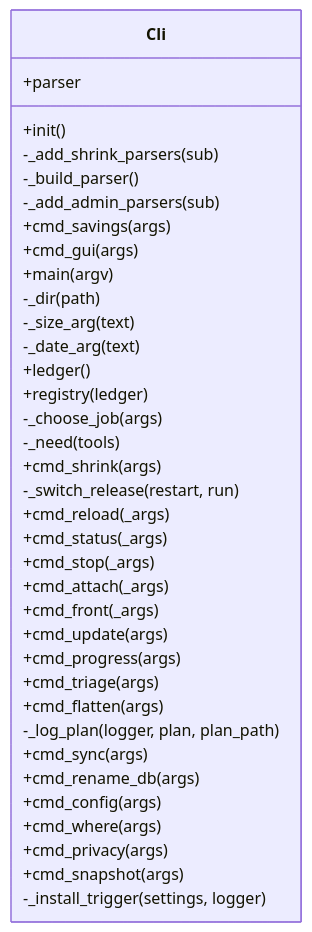
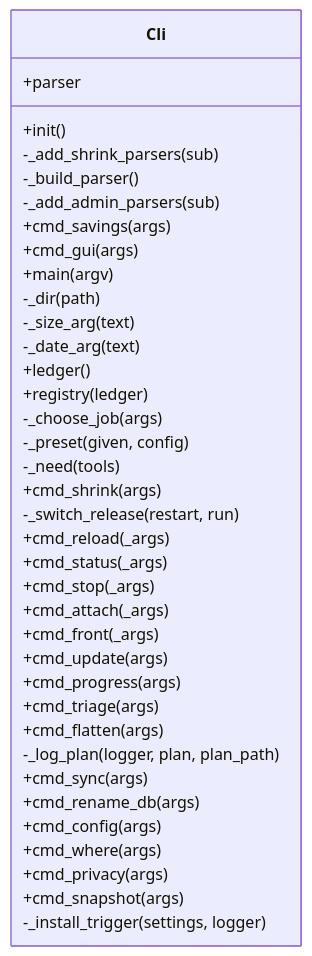
The diagram in docs/img/uml_cli.mmd (peddanet/mediatools), drawn with Mermaid before and after one commit. The commit also changed 23 other files, not shown here.

```diff
--- a/docs/img/uml_cli.mmd
+++ b/docs/img/uml_cli.mmd
@@ -1,38 +1,39 @@
 classDiagram
   direction LR
   class Cli {
     +parser
     +init()
     -_add_shrink_parsers(sub)
     -_build_parser()
     -_add_admin_parsers(sub)
     +cmd_savings(args)
     +cmd_gui(args)
     +main(argv)
     -_dir(path)
     -_size_arg(text)
     -_date_arg(text)
     +ledger()
     +registry(ledger)
     -_choose_job(args)
+    -_preset(given, config)
     -_need(tools)
     +cmd_shrink(args)
     -_switch_release(restart, run)
     +cmd_reload(_args)
     +cmd_status(_args)
     +cmd_stop(_args)
     +cmd_attach(_args)
     +cmd_front(_args)
     +cmd_update(args)
     +cmd_progress(args)
     +cmd_triage(args)
     +cmd_flatten(args)
     -_log_plan(logger, plan, plan_path)
     +cmd_sync(args)
     +cmd_rename_db(args)
     +cmd_config(args)
     +cmd_where(args)
     +cmd_privacy(args)
     +cmd_snapshot(args)
     -_install_trigger(settings, logger)
   }
```
